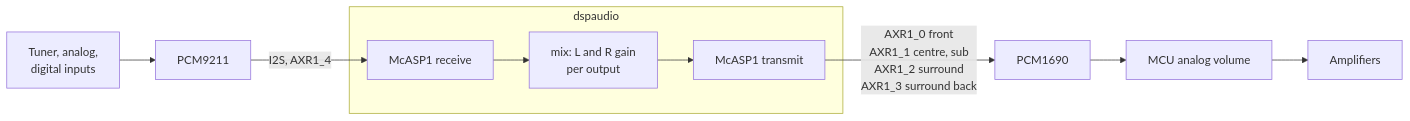
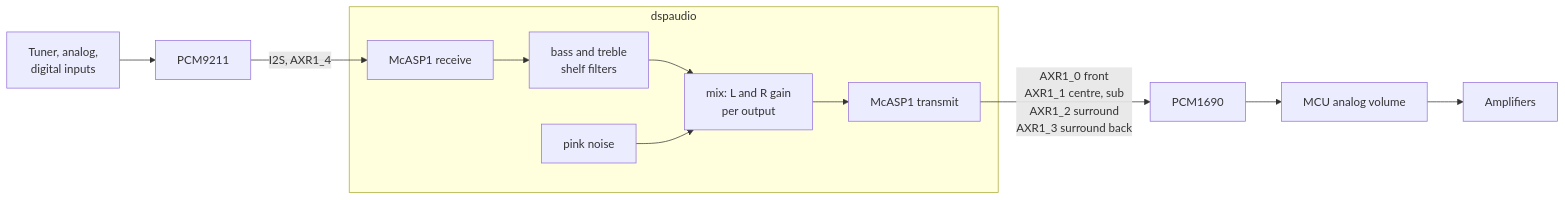
One commit to ubis/OSIRIS changed the fifth of 5 diagrams in docs/architecture.md. Above: the diagram before and after it, drawn with Mermaid. The commit also changed other lines of this file and 4 other files, not shown here.

````diff
--- a/docs/architecture.md
+++ b/docs/architecture.md
@@ -151,11 +153,13 @@
 ```mermaid
 flowchart LR
     IN[Tuner, analog,<br/>digital inputs] --> DIR[PCM9211]
     DIR -->|I2S, AXR1_4| RX[McASP1 receive]
     subgraph dspaudio
-        RX --> MIX[mix: L and R gain<br/>per output]
+        RX --> TONE[bass and treble<br/>shelf filters]
+        TONE --> MIX[mix: L and R gain<br/>per output]
+        NOISE[pink noise] --> MIX
         MIX --> TX[McASP1 transmit]
     end
     TX -->|AXR1_0 front<br/>AXR1_1 centre, sub<br/>AXR1_2 surround<br/>AXR1_3 surround back| DAC[PCM1690]
     DAC --> VOL[MCU analog volume] --> AMP[Amplifiers]
 ```
````
